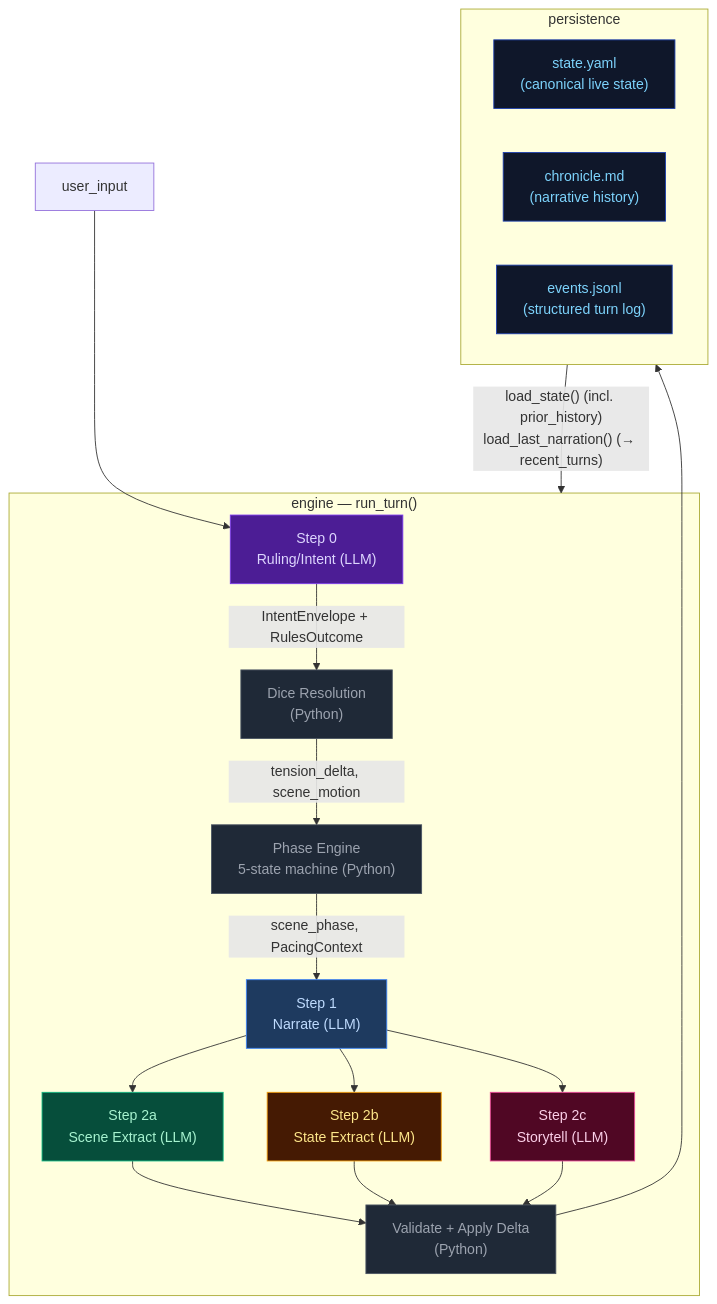
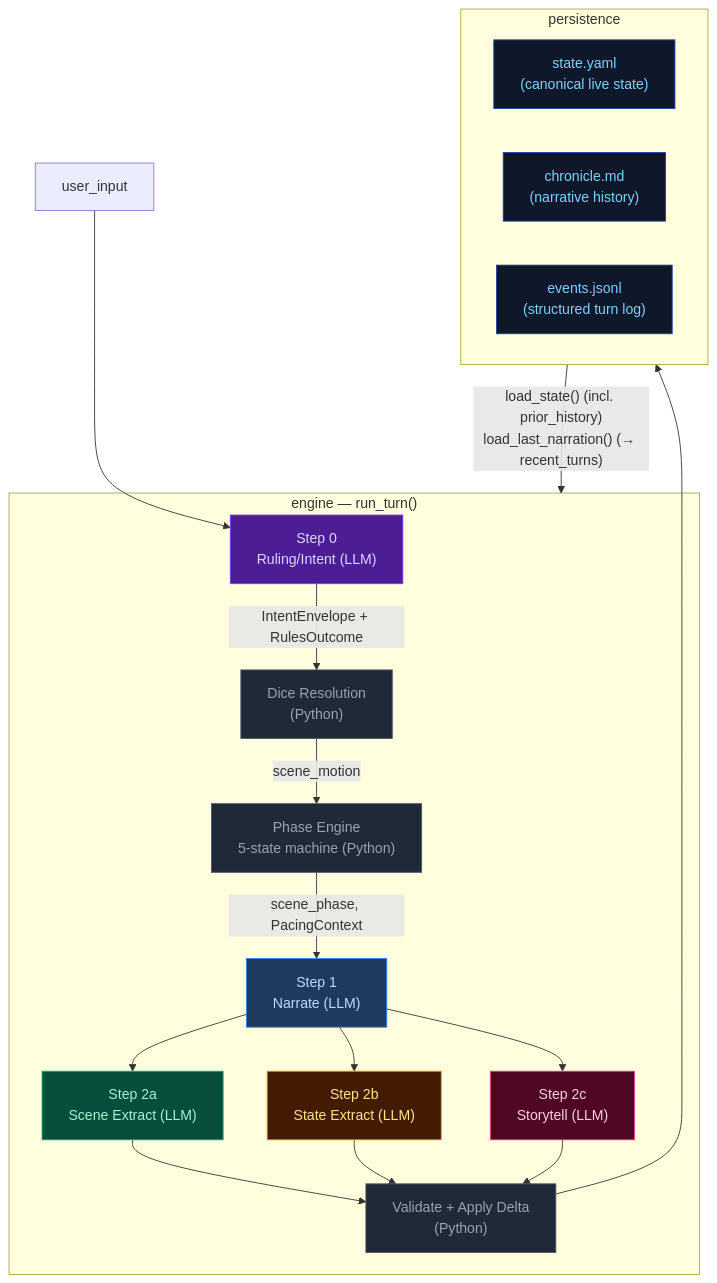
One commit to pww217/fablethread changed the diagram in docs/architecture/OVERVIEW.md. Above: the diagram before and after it, drawn with Mermaid. The commit also changed other lines of this file and 18 other files, not shown here.

````diff
--- a/docs/architecture/OVERVIEW.md
+++ b/docs/architecture/OVERVIEW.md
@@ -10,38 +10,38 @@
 ```mermaid
 flowchart TD
     classDef stageRules    fill:#4c1d95,color:#ddd6fe,stroke:#7c3aed
     classDef stageNarrate  fill:#1e3a5f,color:#bfdbfe,stroke:#3b82f6
     classDef stageScene    fill:#064e3b,color:#a7f3d0,stroke:#10b981
     classDef stageState    fill:#451a03,color:#fde68a,stroke:#f59e0b
     classDef stageProgress fill:#500724,color:#fbcfe8,stroke:#ec4899
     classDef storageNode   fill:#0f172a,color:#7dd3fc,stroke:#1e40af
     classDef pyNode        fill:#1f2937,color:#9ca3af,stroke:#4b5563
 
     USER["user_input"]
 
     subgraph ENGINE["engine — run_turn()"]
         STEP0["Step 0<br>Ruling/Intent (LLM)"]:::stageRules
         DICE["Dice Resolution<br>(Python)"]:::pyNode
         PHASE["Phase Engine<br>5-state machine (Python)"]:::pyNode
         STEP1["Step 1<br>Narrate (LLM)"]:::stageNarrate
         STEP2A["Step 2a<br>Scene Extract (LLM)"]:::stageScene
         STEP2B["Step 2b<br>State Extract (LLM)"]:::stageState
         STEP2C["Step 2c<br>Storytell (LLM)"]:::stageProgress
         VALIDATE["Validate + Apply Delta<br>(Python)"]:::pyNode
     end
 
     subgraph PERSISTENCE["persistence"]
         STATE["state.yaml<br>(canonical live state)"]:::storageNode
         CHRONICLE["chronicle.md<br>(narrative history)"]:::storageNode
         EVENTS["events.jsonl<br>(structured turn log)"]:::storageNode
     end
 
     USER --> STEP0
     STEP0 -- "IntentEnvelope + RulesOutcome" --> DICE
-    DICE -- "tension_delta, scene_motion" --> PHASE
+    DICE -- "scene_motion" --> PHASE
     PHASE -- "scene_phase, PacingContext" --> STEP1
     STEP1 --> STEP2A & STEP2B & STEP2C
     STEP2A & STEP2B & STEP2C --> VALIDATE
     VALIDATE --> PERSISTENCE
     PERSISTENCE -- "load_state() (incl. prior_history)<br>load_last_narration() (→ recent_turns)" --> ENGINE
 ```
````
